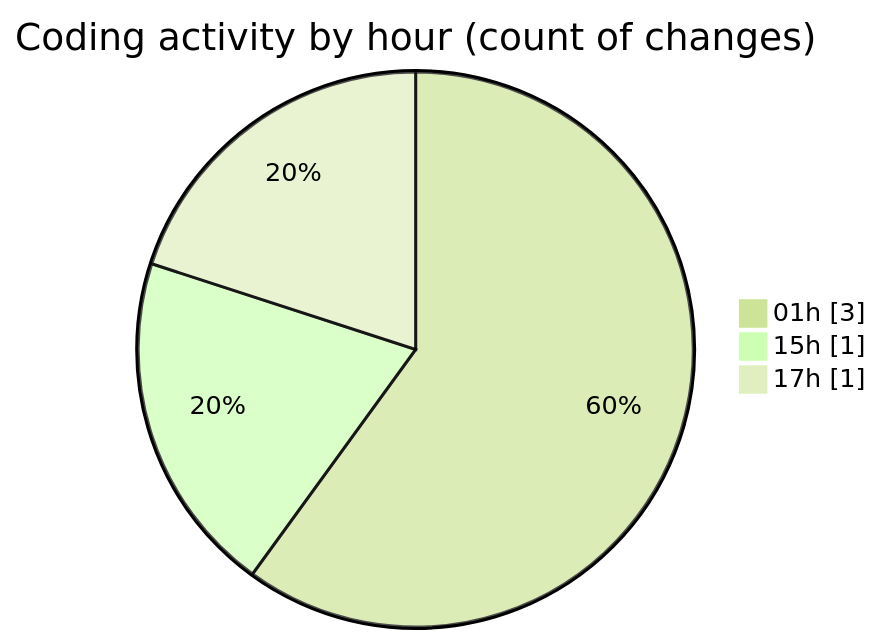
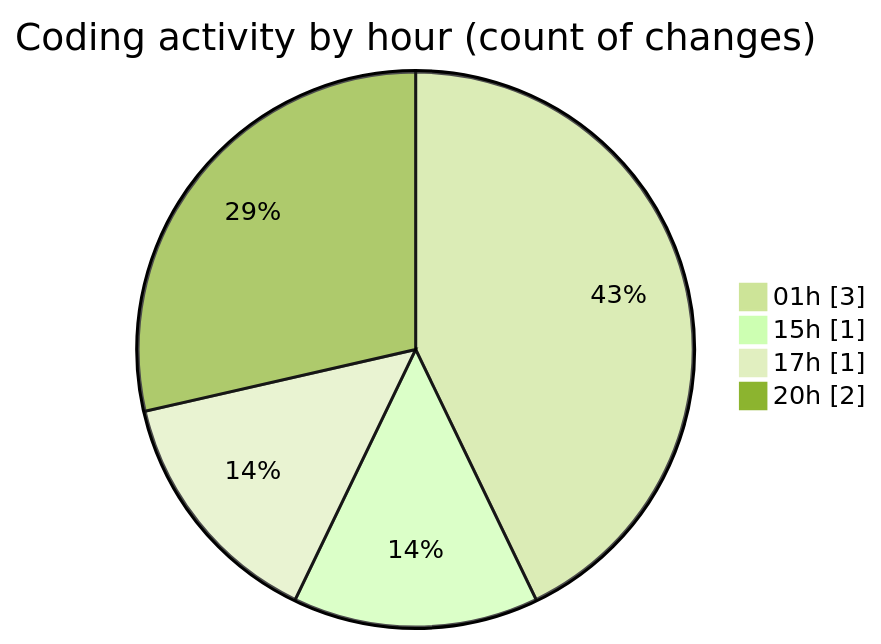
Before and after one commit to julien-gomy/code-tracking: the second of 2 diagrams in 2025-11-24/eventscop-api-guide__workspace_/README.md, drawn with Mermaid (forest theme). The commit also changed other lines of this file and 1 other file, not shown here.

````diff
--- a/2025-11-24/eventscop-api-guide__workspace_/README.md
+++ b/2025-11-24/eventscop-api-guide__workspace_/README.md
@@ -30,7 +31,8 @@
 ```mermaid
 pie showData
 title Coding activity by hour (count of changes)
 "01h" : 3
 "15h" : 1
 "17h" : 1
+"20h" : 2
 ```
````
